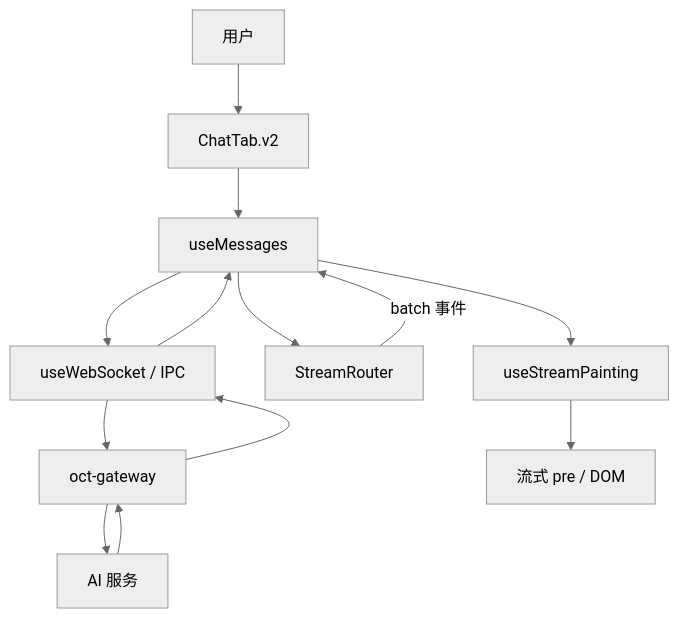
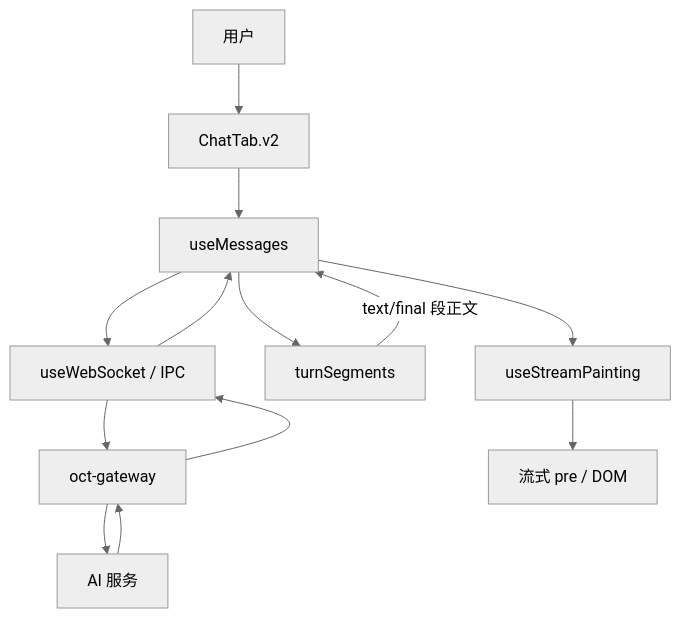
Before and after one commit to zl585451/openclaw-terminal: the diagram in docs/02_architecture/AI_PROJECT_OVERVIEW.md, drawn with Mermaid (neutral theme). The commit also changed other lines of this file and 11 other files, not shown here.

````diff
--- a/docs/02_architecture/AI_PROJECT_OVERVIEW.md
+++ b/docs/02_architecture/AI_PROJECT_OVERVIEW.md
@@ -12,15 +12,15 @@
 ```mermaid
 graph TD
   U[用户] --> CT[ChatTab.v2]
   CT --> UM[useMessages]
   UM --> UW[useWebSocket / IPC]
   UW --> GW[oct-gateway]
   GW --> AI[AI 服务]
   AI --> GW
   GW --> UW
   UW --> UM
-  UM --> SR[StreamRouter]
-  SR -->|batch 事件| UM
+  UM --> TS[turnSegments]
+  TS -->|text/final 段正文| UM
   UM --> USP[useStreamPainting]
   USP --> DOM[流式 pre / DOM]
 ```
````
